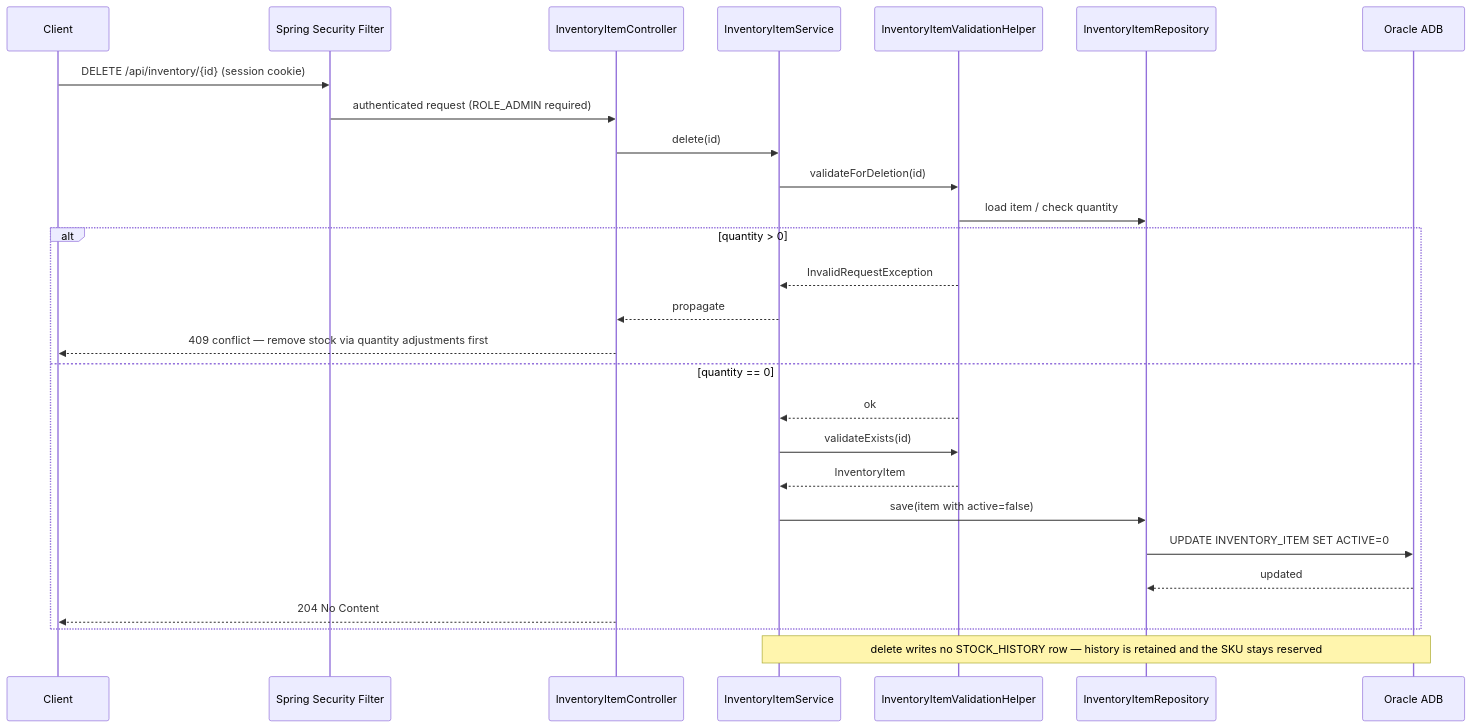
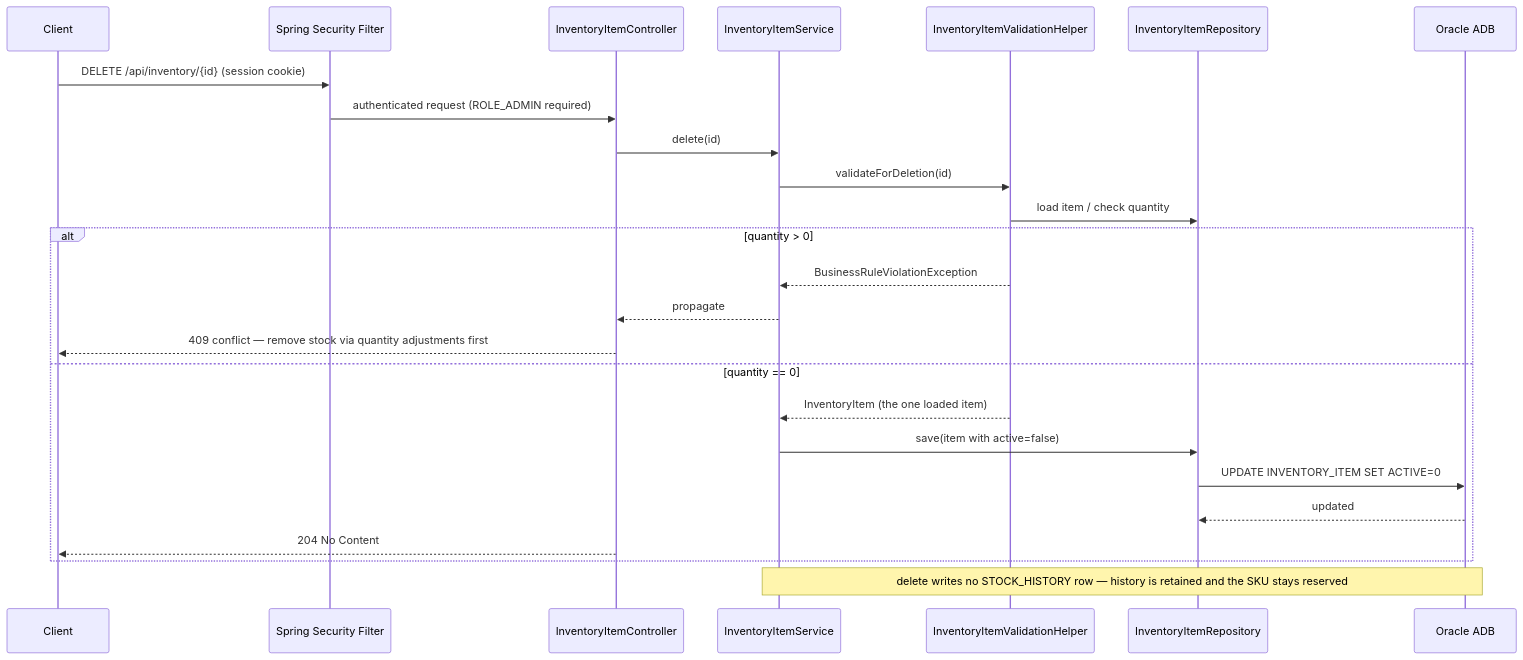
One commit to Keglev/inventory-service changed the fifth of 5 diagrams in docs/backend/architecture/06-runtime.md. Above: the diagram before and after it, drawn with Mermaid. The commit also changed 6 other files, not shown here.

First line of the commit message:
refactor(backend): one item existence check; delete loads the item once (O6) (#379)

````diff
--- a/docs/backend/architecture/06-runtime.md
+++ b/docs/backend/architecture/06-runtime.md
@@ -218,33 +218,31 @@
 ```mermaid
 %%{init: {"sequence": {"useMaxWidth": false}}}%%
 sequenceDiagram
     participant Client
     participant SF as Spring Security Filter
     participant IC as InventoryItemController
     participant IS as InventoryItemService
     participant VH as InventoryItemValidationHelper
     participant REPO as InventoryItemRepository
     participant DB as Oracle ADB
 
     Client->>SF: DELETE /api/inventory/{id} (session cookie)
     SF->>IC: authenticated request (ROLE_ADMIN required)
     IC->>IS: delete(id)
     IS->>VH: validateForDeletion(id)
     VH->>REPO: load item / check quantity
 
     alt quantity > 0
-        VH-->>IS: InvalidRequestException
+        VH-->>IS: BusinessRuleViolationException
         IS-->>IC: propagate
         IC-->>Client: 409 conflict — remove stock via quantity adjustments first
     else quantity == 0
-        VH-->>IS: ok
-        IS->>VH: validateExists(id)
-        VH-->>IS: InventoryItem
+        VH-->>IS: InventoryItem (the one loaded item)
         IS->>REPO: save(item with active=false)
         REPO->>DB: UPDATE INVENTORY_ITEM SET ACTIVE=0
         DB-->>REPO: updated
         IC-->>Client: 204 No Content
     end
 
     Note over IS,DB: delete writes no STOCK_HISTORY row — history is retained and the SKU stays reserved
 ```
````
